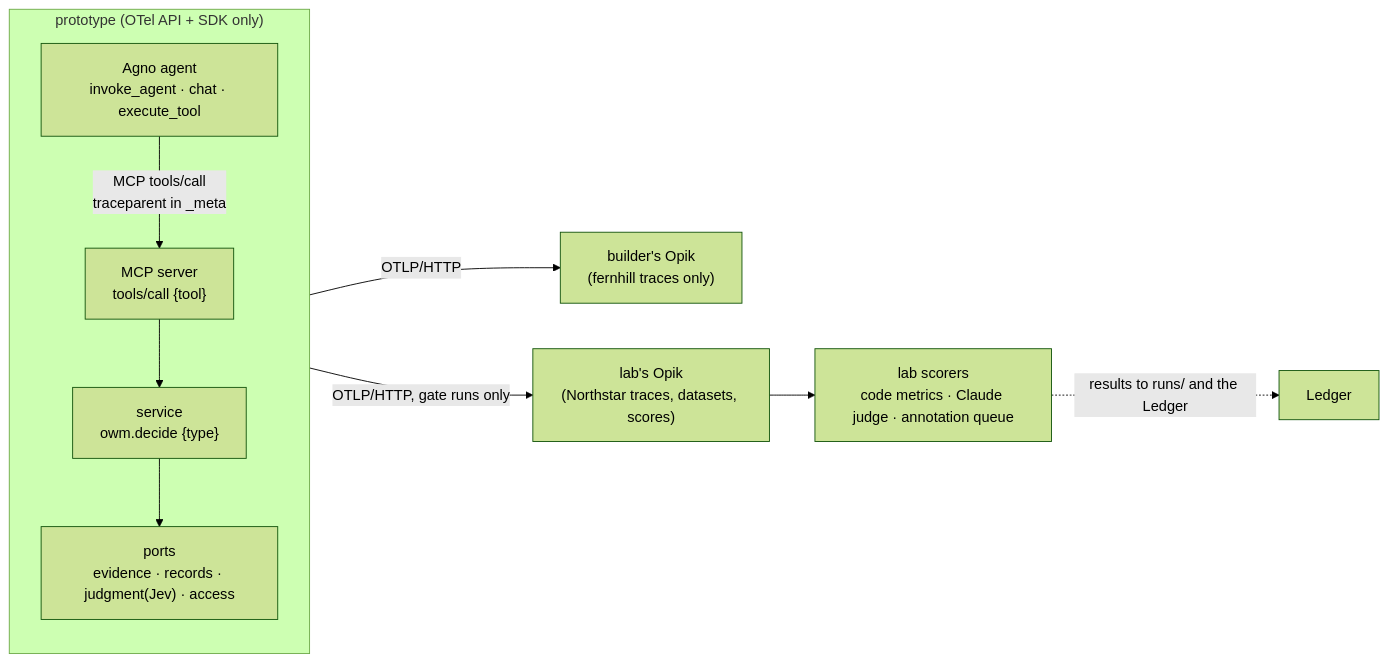
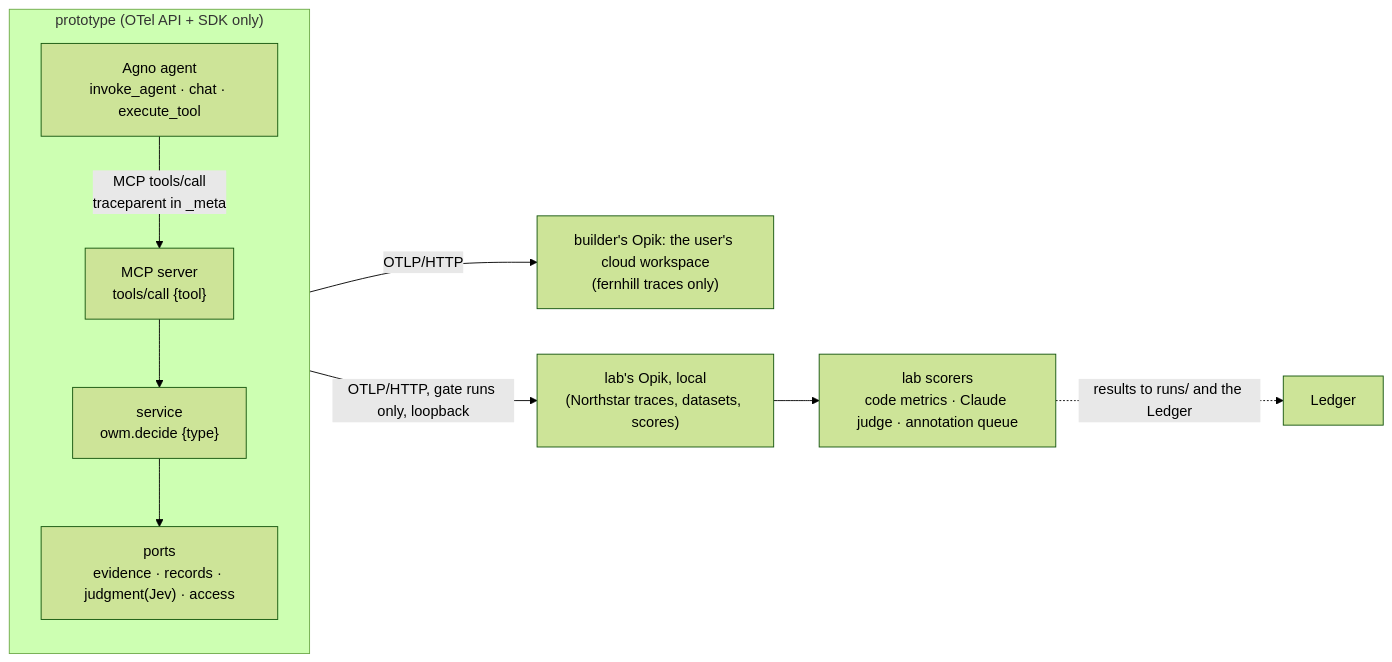
One commit to kloudtaxi/shiny-waffle changed the diagram in docs/eval-observability-review-2026-10-23.md. Above: the diagram before and after it, drawn with Mermaid (forest theme). The commit also changed other lines of this file and 3 other files, not shown here.

````diff
--- a/docs/eval-observability-review-2026-10-23.md
+++ b/docs/eval-observability-review-2026-10-23.md
@@ -25,12 +37,12 @@
 ```mermaid
 flowchart LR
   subgraph proto["prototype (OTel API + SDK only)"]
     A["Agno agent<br/>invoke_agent · chat · execute_tool"] -->|"MCP tools/call<br/>traceparent in _meta"| M["MCP server<br/>tools/call {tool}"]
     M --> S["service<br/>owm.decide {type}"]
     S --> P["ports<br/>evidence · records · judgment(Jev) · access"]
   end
-  proto -->|"OTLP/HTTP"| DEV["builder's Opik<br/>(fernhill traces only)"]
-  proto -->|"OTLP/HTTP, gate runs only"| LAB["lab's Opik<br/>(Northstar traces, datasets, scores)"]
+  proto -->|"OTLP/HTTP"| DEV["builder's Opik: the user's cloud workspace<br/>(fernhill traces only)"]
+  proto -->|"OTLP/HTTP, gate runs only, loopback"| LAB["lab's Opik, local<br/>(Northstar traces, datasets, scores)"]
   LAB --> SC["lab scorers<br/>code metrics · Claude judge · annotation queue"]
   SC -.->|"results to runs/ and the Ledger"| LED["Ledger"]
 ```
````
